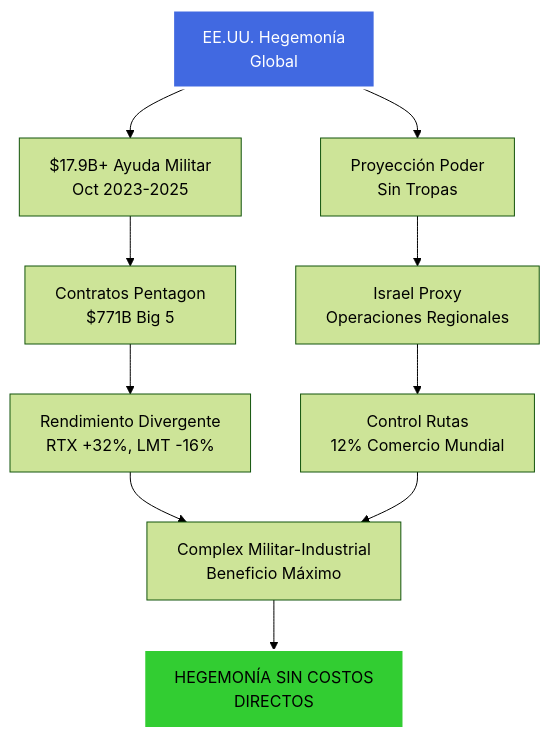
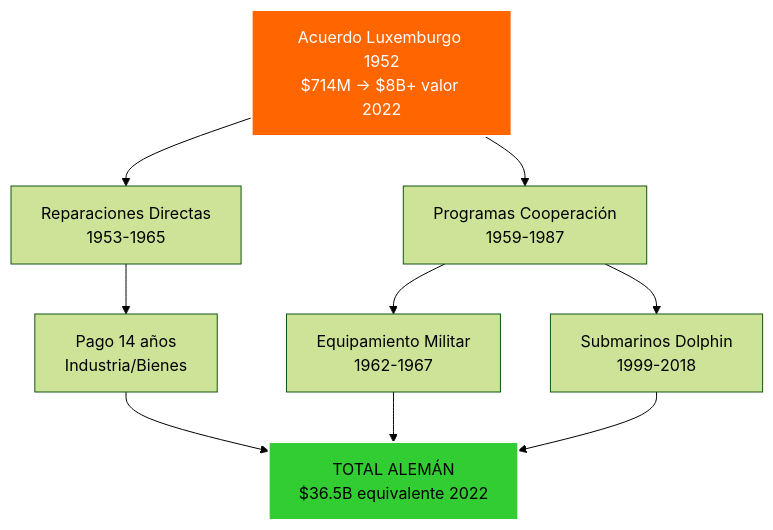
One commit to perpetuocambio/annotations changed diagram 14 of 54 in intel/israel_geopolitical_analysis.md. Above: the diagram before and after it, drawn with Mermaid (forest theme). The commit also changed other lines of this file, not shown here.

````diff
--- a/intel/israel_geopolitical_analysis.md
+++ b/intel/israel_geopolitical_analysis.md
@@ -662,18 +518,11 @@
 ```mermaid
 flowchart TD
-    A[EE.UU. Hegemonía<br/>Global] --> B[$17.9B+ Ayuda Militar<br/>Oct 2023-2025]
-    B --> C[Contratos Pentagon<br/>$771B Big 5]
-    C --> D[Rendimiento Divergente<br>RTX +32%, LMT -16%]
-
-    A --> E[Proyección Poder<br/>Sin Tropas]
-    E --> F[Israel Proxy<br/>Operaciones Regionales]
-    F --> G[Control Rutas<br/>12% Comercio Mundial]
-
-    D --> H[Complex Militar-Industrial<br/>Beneficio Máximo]
-    G --> H
-
-    H --> I[HEGEMONÍA SIN COSTOS<br/>DIRECTOS]
-
-    style A fill:#4169e1,stroke:#fff,stroke-width:3px,color:#fff
-    style I fill:#32cd32,stroke:#fff,stroke-width:2px,color:#000
+    A[Acuerdo Luxemburgo 1952<br/>$714M → $8B+ valor 2022] --> B[Reparaciones Directas<br/>1953-1965]
+    A --> C[Programas Cooperación<br/>1959-1987]
+    B --> D[Pago 14 años<br/>Industria/Bienes]
+    C --> E[Equipamiento Militar<br/>1962-1967]
+    C --> F[Submarinos Dolphin<br/>1999-2018]
+    D & E & F --> G[TOTAL ALEMÁN<br/>$36.5B equivalente 2022]
+    style A fill:#ff6600,stroke:#fff,stroke-width:2px,color:#fff
+    style G fill:#32cd32,stroke:#fff,stroke-width:2px,color:#000
 ```
````
